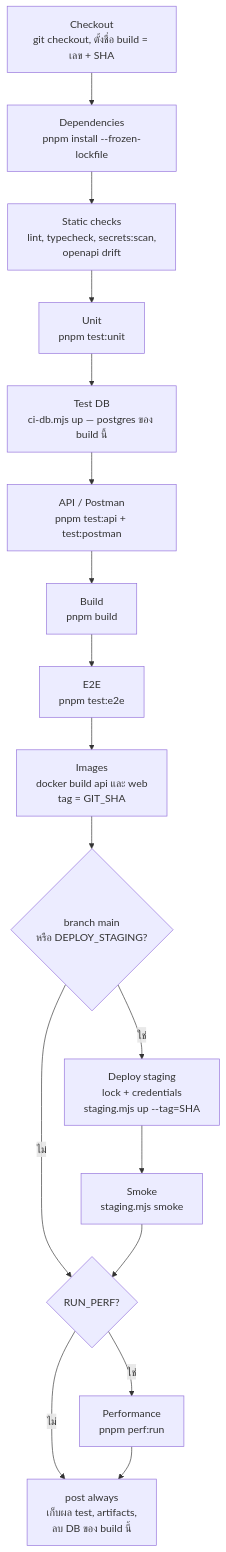
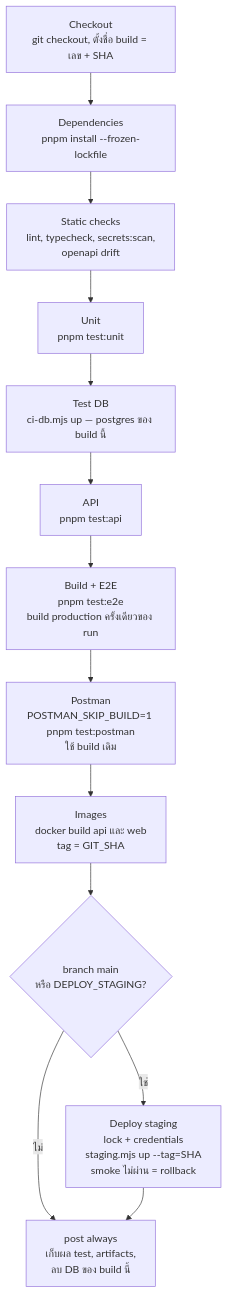
One commit to sittipong-hemloun/helius-tech-test changed the second of 3 diagrams in docs/learn/06-jenkins.md. Above: the diagram before and after it, drawn with Mermaid. The commit also changed other lines of this file and 82 other files, not shown here.

````diff
--- a/docs/learn/06-jenkins.md
+++ b/docs/learn/06-jenkins.md
@@ -99,19 +98,15 @@
 ```mermaid
 flowchart TD
     CO["Checkout<br/>git checkout, ตั้งชื่อ build = เลข + SHA"] --> DE["Dependencies<br/>pnpm install --frozen-lockfile"]
     DE --> SC["Static checks<br/>lint, typecheck, secrets:scan,<br/>openapi drift"]
     SC --> UN["Unit<br/>pnpm test:unit"]
     UN --> TD["Test DB<br/>ci-db.mjs up — postgres ของ build นี้"]
-    TD --> AP["API / Postman<br/>pnpm test:api + test:postman"]
-    AP --> BU["Build<br/>pnpm build"]
-    BU --> E2["E2E<br/>pnpm test:e2e"]
-    E2 --> IM["Images<br/>docker build api และ web<br/>tag = GIT_SHA"]
+    TD --> AP["API<br/>pnpm test:api"]
+    AP --> BE["Build + E2E<br/>pnpm test:e2e<br/>build production ครั้งเดียวของ run"]
+    BE --> PM["Postman<br/>POSTMAN_SKIP_BUILD=1 pnpm test:postman<br/>ใช้ build เดิม"]
+    PM --> IM["Images<br/>docker build api และ web<br/>tag = GIT_SHA"]
     IM --> Q1{"branch main<br/>หรือ DEPLOY_STAGING?"}
-    Q1 -->|"ใช่"| DS["Deploy staging<br/>lock + credentials<br/>staging.mjs up --tag=SHA"]
-    DS --> SM["Smoke<br/>staging.mjs smoke"]
-    Q1 -->|"ไม่"| Q2
-    SM --> Q2{"RUN_PERF?"}
-    Q2 -->|"ใช่"| PF["Performance<br/>pnpm perf:run"]
-    Q2 -->|"ไม่"| PO
-    PF --> PO["post always<br/>เก็บผล test, artifacts,<br/>ลบ DB ของ build นี้"]
+    Q1 -->|"ใช่"| DS["Deploy staging<br/>lock + credentials<br/>staging.mjs up --tag=SHA<br/>smoke ไม่ผ่าน = rollback"]
+    Q1 -->|"ไม่"| PO
+    DS --> PO["post always<br/>เก็บผล test, artifacts,<br/>ลบ DB ของ build นี้"]
 ```
````
